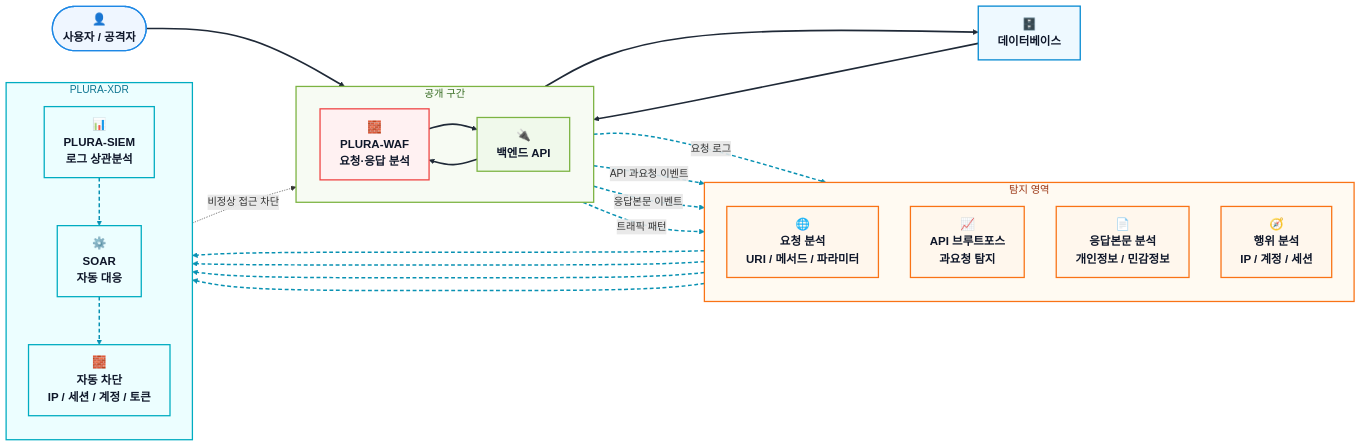
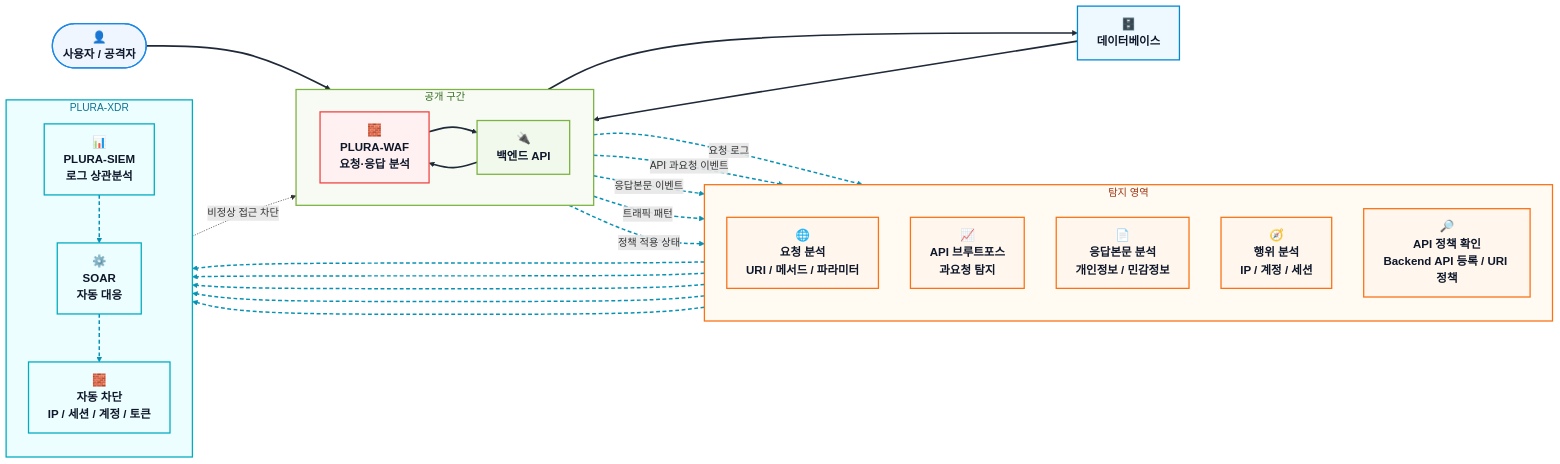
Before and after one commit to qubitsec/blog: the sixth of 6 diagrams in content/ko/respond/modoo-startup-api-response-leak.md, drawn with Mermaid. The commit also changed other lines of this file, not shown here.

````diff
--- a/content/ko/respond/modoo-startup-api-response-leak.md
+++ b/content/ko/respond/modoo-startup-api-response-leak.md
@@ -778,6 +920,7 @@
         BRUTE["📈<br/><b>API 브루트포스</b><br/>과요청 탐지"]
         RESP["📄<br/><b>응답본문 분석</b><br/>개인정보 / 민감정보"]
         BEHAVIOR["🧭<br/><b>행위 분석</b><br/>IP / 계정 / 세션"]
+        POLICY["🔎<br/><b>API 정책 확인</b><br/>Backend API 등록 / URI 정책"]
     end
 
     subgraph XDR["PLURA-XDR"]
@@ -799,11 +942,13 @@
     WAF -. "API 과요청 이벤트" .-> BRUTE
     WAF -. "응답본문 이벤트" .-> RESP
     WAF -. "트래픽 패턴" .-> BEHAVIOR
+    WAF -. "정책 적용 상태" .-> POLICY
 
     REQ --> SIEM
     BRUTE --> SIEM
     RESP --> SIEM
     BEHAVIOR --> SIEM
+    POLICY --> SIEM
 
     SIEM --> SOAR
     SOAR --> BLOCK
@@ -820,7 +965,7 @@
     class WAF security;
     class API public;
     class DB db;
-    class REQ,BRUTE,RESP,BEHAVIOR detection;
+    class REQ,BRUTE,RESP,BEHAVIOR,POLICY detection;
     class SIEM,SOAR,BLOCK xdr;
 
     style PUBLIC fill:#f7fbf3,stroke:#7cb342,stroke-width:2px,color:#33691e;
@@ -828,5 +973,5 @@
     style XDR fill:#ecfeff,stroke:#00acc1,stroke-width:2px,color:#0e7490;
 
     linkStyle 0,1,2,3,4 stroke:#1f2937,stroke-width:2.6px;
-    linkStyle 5,6,7,8,9,10,11,12,13,14 stroke:#0891b2,stroke-width:2.3px,stroke-dasharray:6 4;
+    linkStyle 5,6,7,8,9,10,11,12,13,14,15,16 stroke:#0891b2,stroke-width:2.3px,stroke-dasharray:6 4;
 ```
````
